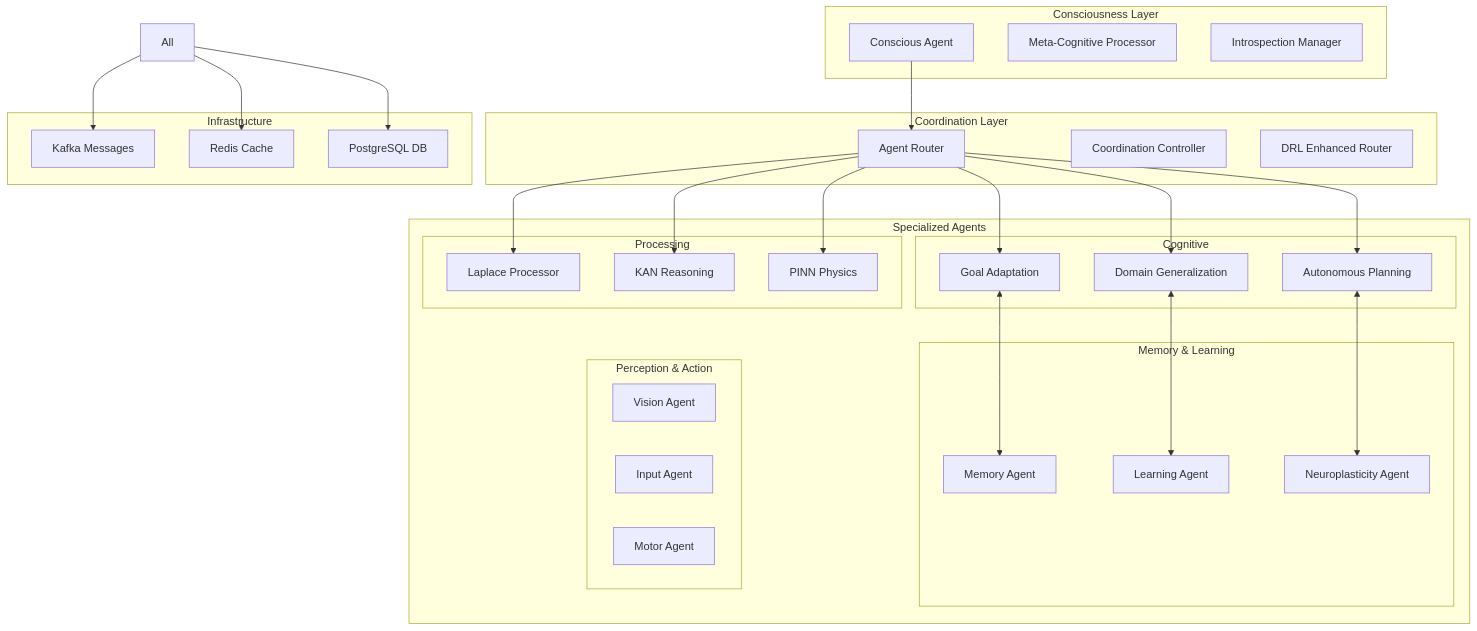
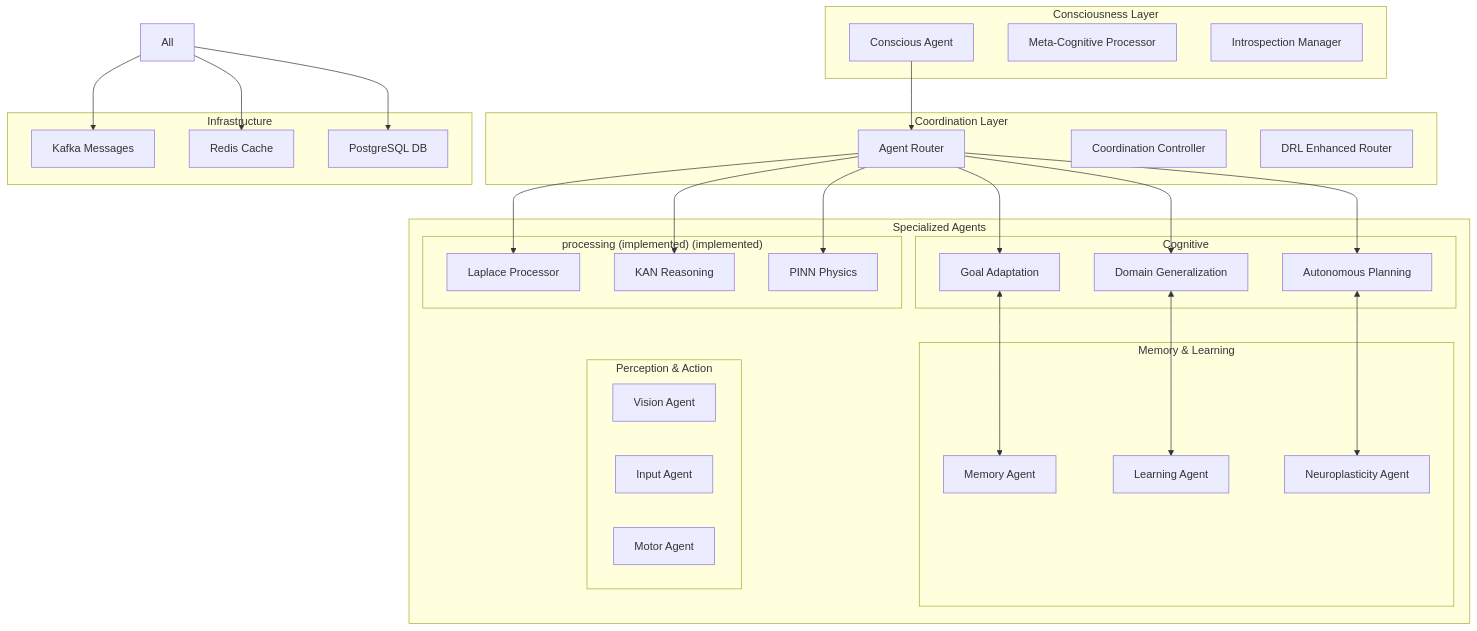
Before and after one commit to Organica-Ai-Solutions/NIS_Protocol: the first of 2 diagrams in docs/COMPREHENSIVE_FEATURES_GUIDE.md, drawn with Mermaid. The commit also changed other lines of this file and 160 other files, not shown here.

````diff
--- a/docs/COMPREHENSIVE_FEATURES_GUIDE.md
+++ b/docs/COMPREHENSIVE_FEATURES_GUIDE.md
@@ -206,62 +206,62 @@
 ```mermaid
 graph TB
     subgraph "Consciousness Layer"
         CA[Conscious Agent]
         MCP[Meta-Cognitive Processor]
         IM[Introspection Manager]
     end
     
     subgraph "Coordination Layer"
         AR[Agent Router]
         CC[Coordination Controller]
         DRL[DRL Enhanced Router]
     end
     
     subgraph "Specialized Agents"
         subgraph "Cognitive"
             GA[Goal Adaptation]
             DG[Domain Generalization]
             AP[Autonomous Planning]
         end
         
-        subgraph "Processing"
+        subgraph "processing (implemented) (implemented)"
             LP[Laplace Processor]
             KR[KAN Reasoning]
             PP[PINN Physics]
         end
         
         subgraph "Memory & Learning"
             MA[Memory Agent]
             LA[Learning Agent]
             NP[Neuroplasticity Agent]
         end
         
         subgraph "Perception & Action"
             VA[Vision Agent]
             IA[Input Agent]
             MT[Motor Agent]
         end
     end
     
     subgraph "Infrastructure"
         K[Kafka Messages]
         R[Redis Cache]
         P[PostgreSQL DB]
     end
     
     CA --> AR
     AR --> GA
     AR --> DG
     AR --> AP
     AR --> LP
     AR --> KR
     AR --> PP
     
     GA <--> MA
     DG <--> LA
     AP <--> NP
     
     All --> K
     All --> R
     All --> P
 ```
````
